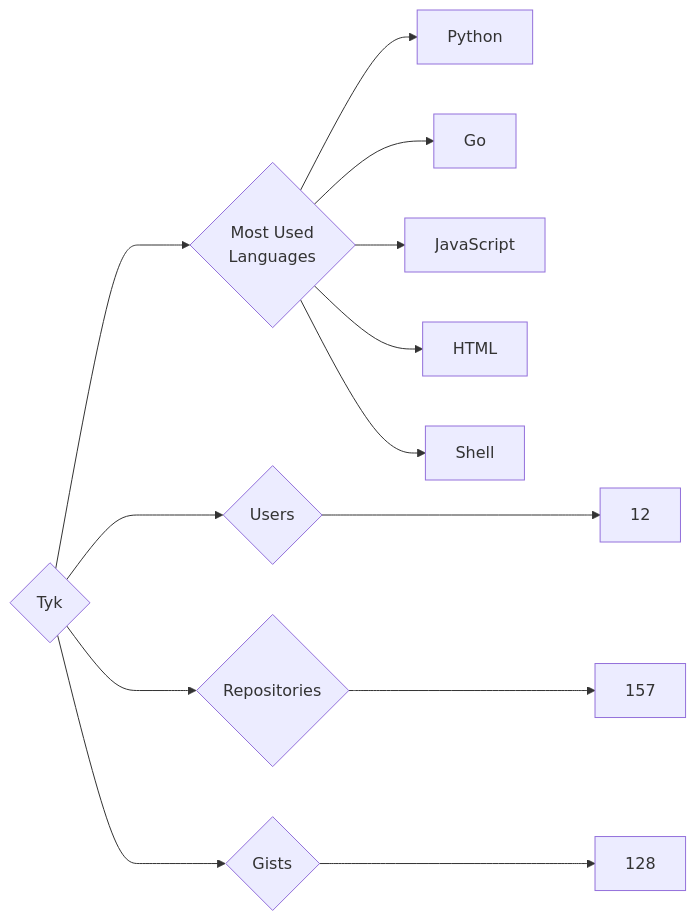
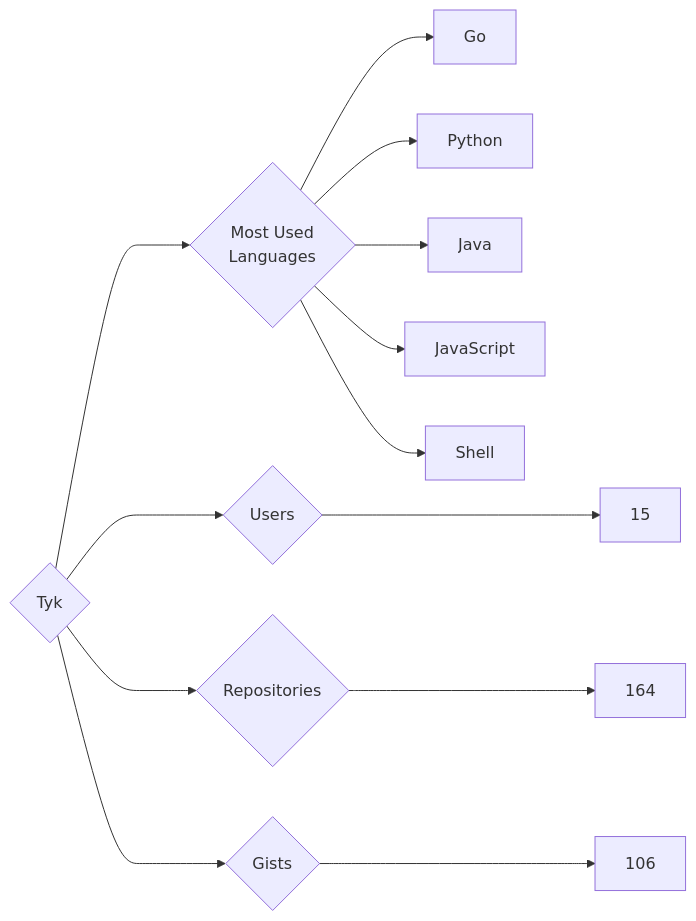
One commit to trickest/insiders changed the diagram in targets/Tyk/README.md. Above: the diagram before and after it, drawn with Mermaid. The commit also changed 728 other files, not shown here.

````diff
--- a/targets/Tyk/README.md
+++ b/targets/Tyk/README.md
@@ -3,13 +3,13 @@
 ```mermaid
 graph LR
 COMPANY_NAME{Tyk}
-COMPANY_NAME ---> U{Users} ---> UN[12]
-COMPANY_NAME ---> R{Repositories} ---> RN[157]
-COMPANY_NAME ---> G{Gists} ---> GN[128]
+COMPANY_NAME ---> U{Users} ---> UN[15]
+COMPANY_NAME ---> R{Repositories} ---> RN[164]
+COMPANY_NAME ---> G{Gists} ---> GN[106]
 COMPANY_NAME ---> ML{Most Used<br>Languages}
+ML --> Go[Go]
 ML --> Python[Python]
-ML --> Go[Go]
+ML --> Java[Java]
 ML --> JavaScript[JavaScript]
-ML --> HTML[HTML]
 ML --> Shell[Shell]
 ```
````
